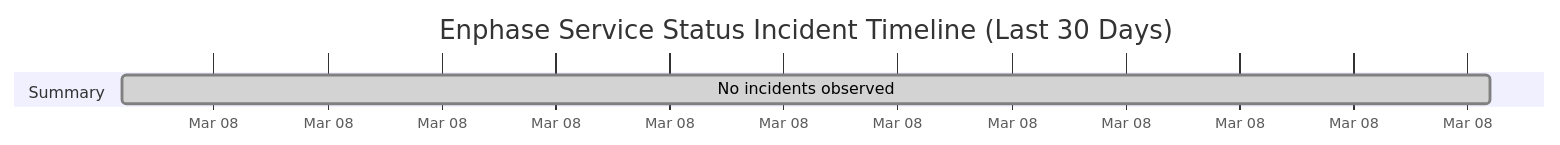
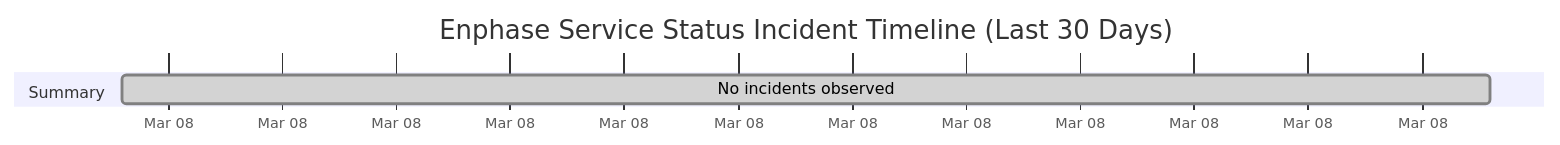
One commit to barneyonline/ha-enphase-ev-charger changed the diagram in wiki/Service-Status-History.md. Above: the diagram before and after it, drawn with Mermaid. The commit also changed other lines of this file and 3 other files, not shown here.

````diff
--- a/wiki/Service-Status-History.md
+++ b/wiki/Service-Status-History.md
@@ -14,8 +14,8 @@
 ```mermaid
 gantt
     title Enphase Service Status Incident Timeline (Last 30 Days)
     dateFormat  YYYY-MM-DDTHH:mm:ss
     axisFormat  %b %d
     section Summary
-    No incidents observed :done, 2026-03-08T17:15:46, 1m
+    No incidents observed :done, 2026-03-08T18:21:08, 1m
 ```
````
